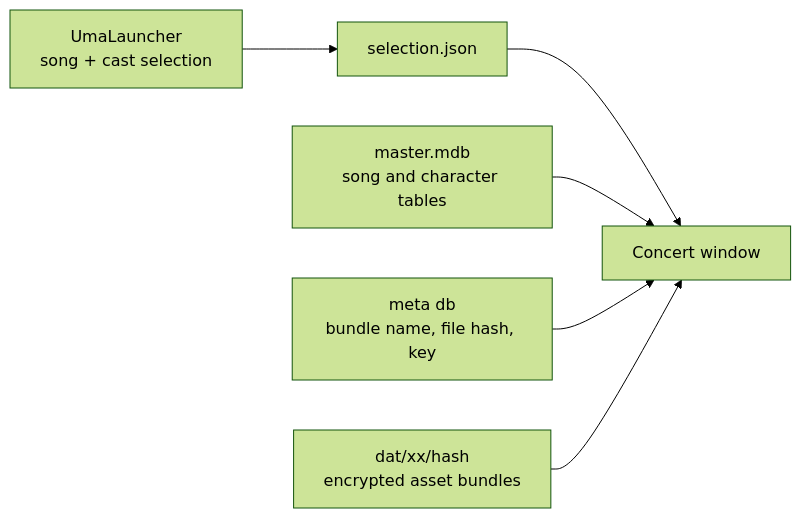
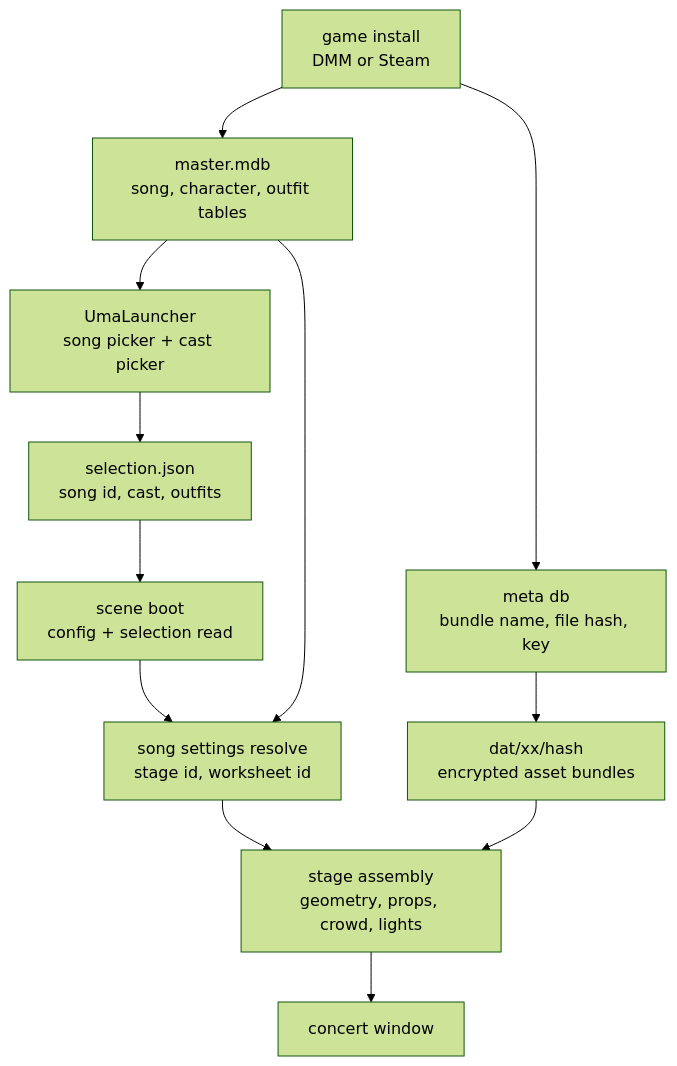
The first of 3 diagrams in README.md (totallynotbrent/UV2), drawn with Mermaid (forest theme) before and after one commit. The commit also changed other lines of this file and 166 other files, not shown here.

Commit message:
bring the concert renderer to the per-standing-place global light, the crowd, the floor reflections and the facial toon, and rename it to uma live

````diff
--- a/README.md
+++ b/README.md
@@ -64,14 +78,21 @@
 ```mermaid
-flowchart LR
-    launcher[UmaLauncher<br/>song + cast selection]
-    json[selection.json]
-    master[master.mdb<br/>song and character tables]
+flowchart TB
+    game[game install<br/>DMM or Steam]
+    master[master.mdb<br/>song, character, outfit tables]
     meta[meta db<br/>bundle name, file hash, key]
     dat[dat/xx/hash<br/>encrypted asset bundles]
-    concert[Concert window]
+    launcher[UmaLauncher<br/>song picker + cast picker]
+    json[selection.json<br/>song id, cast, outfits]
+    boot[scene boot<br/>config + selection read]
+    resolve[song settings resolve<br/>stage id, worksheet id]
+    stage[stage assembly<br/>geometry, props, crowd, lights]
+    concert[concert window]
 
-    launcher --> json --> concert
-    master --> concert
-    meta --> concert
-    dat --> concert
+    game --> master
+    game --> meta
+    meta --> dat
+    launcher --> json --> boot --> resolve --> stage --> concert
+    master --> launcher
+    master --> resolve
+    dat --> stage
 ```
````
